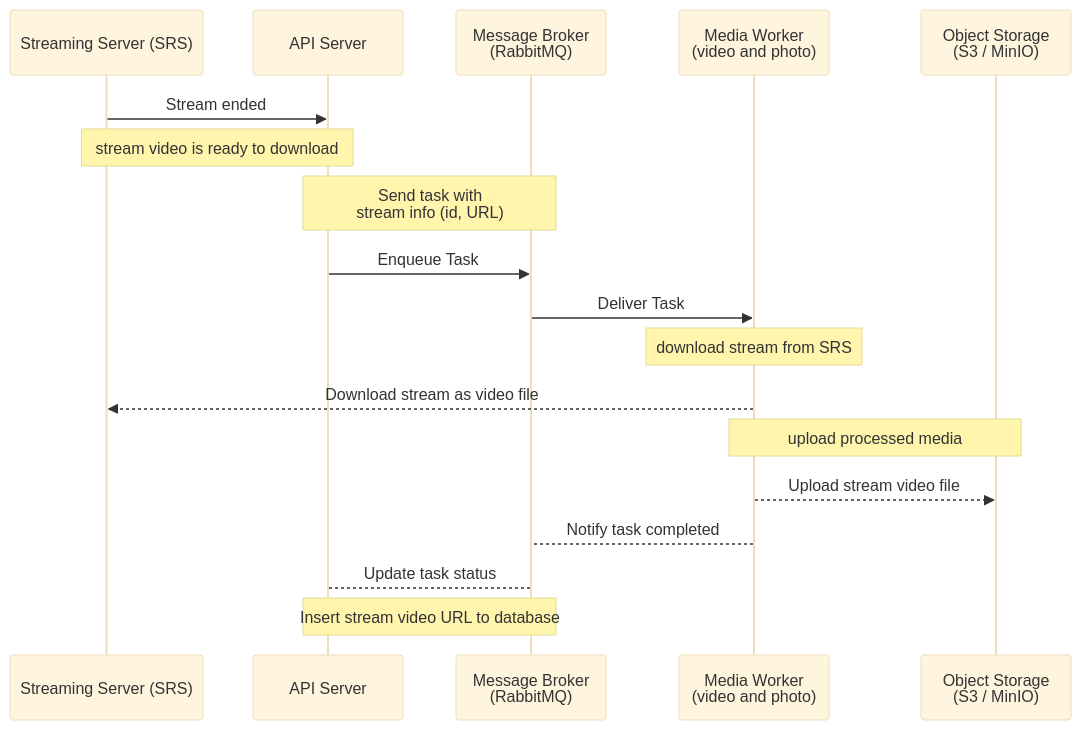
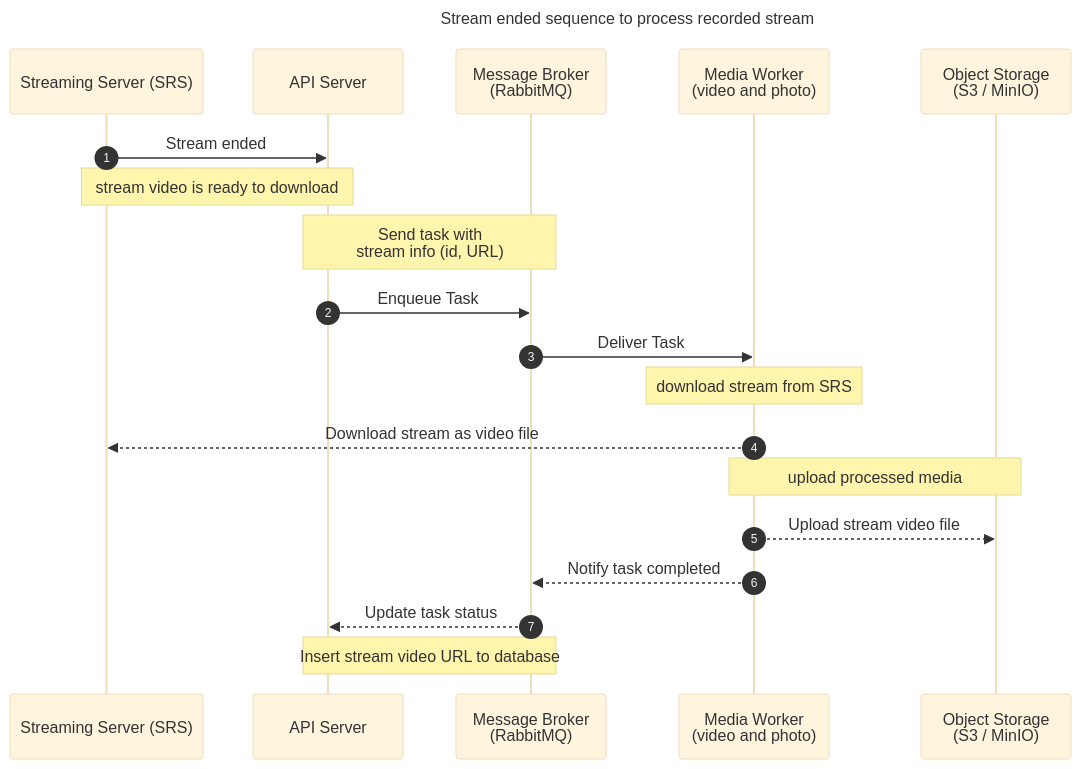
Before and after one commit to MaciejWojs/better-buddyshare-backend: the diagram in diagrams/seqence/StreamEnded.mmd, drawn with Mermaid (base theme). The commit also changed 1 other file, not shown here.

Commit message:
refactor(diagrams): Improve sequence diagrams for image asset update and stream ended processes

```diff
--- a/diagrams/seqence/StreamEnded.mmd
+++ b/diagrams/seqence/StreamEnded.mmd
@@ -1,26 +1,28 @@
-sequenceDiagram
+sequenceDiagram title Stream ended sequence to process recorded stream
     participant SRS as Streaming Server (SRS)
     participant API as API Server
     %% participant RabbitMQ
     participant RabbitMQ as Message Broker <br /> (RabbitMQ)
     %% participant RabbitMQ@{"type":"queue"}
     participant Worker as Media Worker <br /> (video and photo)
     participant Storage as Object Storage <br /> (S3 / MinIO)
-
+    
+    autonumber
+    
     SRS ->> API: Stream ended
     Note over SRS,API: stream video is ready to download
 
     Note over API,RabbitMQ: Send task with <br />stream info (id, URL)
     API ->> RabbitMQ: Enqueue Task
     
     RabbitMQ ->> Worker: Deliver Task
     
     Note over Worker: download stream from SRS
     Worker -->> SRS: Download stream as video file
 
     Note over Worker,Storage: upload processed media
     Worker -->> Storage: Upload stream video file
 
-    Worker --> RabbitMQ: Notify task completed
-    RabbitMQ --> API: Update task status
+    Worker -->> RabbitMQ: Notify task completed
+    RabbitMQ -->> API: Update task status
     Note over API,RabbitMQ: Insert stream video URL to database
```
